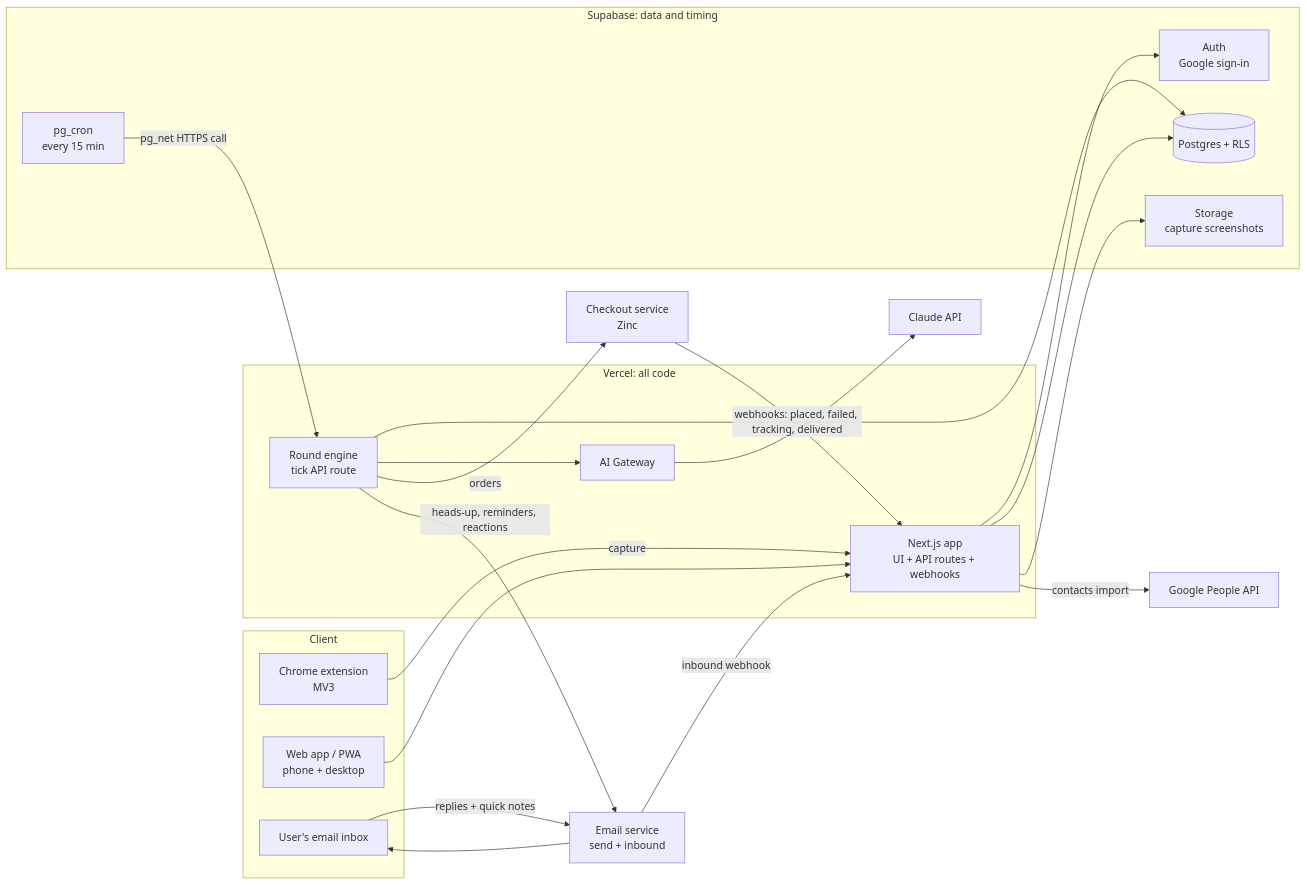
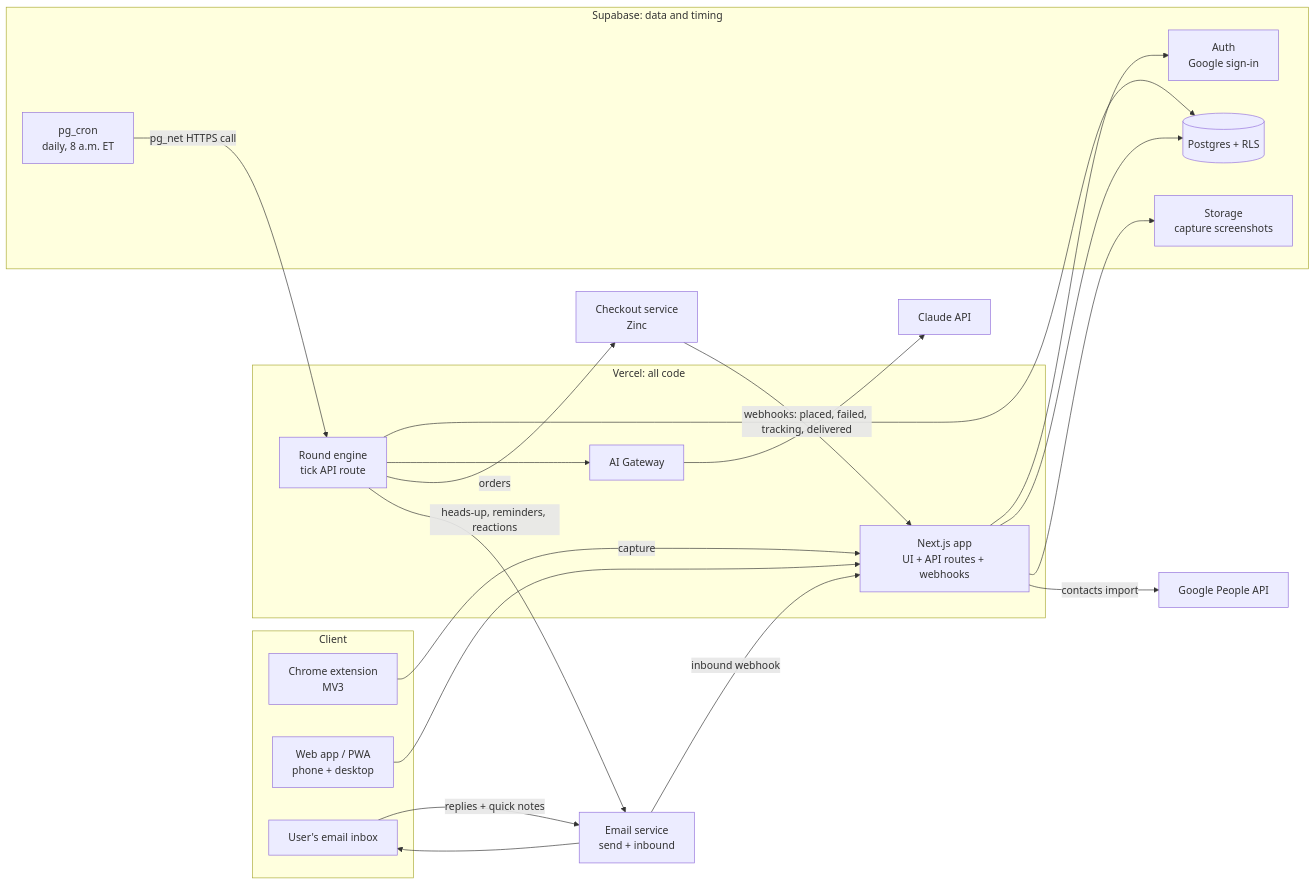
One commit to gifts-af/gift-me changed the first of 2 diagrams in design/technical-design.md. Above: the diagram before and after it, drawn with Mermaid. The commit also changed other lines of this file and 1 other file, not shown here.

````diff
--- a/design/technical-design.md
+++ b/design/technical-design.md
@@ -27,37 +27,37 @@
 ```mermaid
 flowchart LR
   subgraph Client
     EXT[Chrome extension<br/>MV3]
     WEB[Web app / PWA<br/>phone + desktop]
     MAIL[User's email inbox]
   end
   subgraph Vercel["Vercel: all code"]
     APP[Next.js app<br/>UI + API routes + webhooks]
     WF[Round engine<br/>tick API route]
     GW[AI Gateway]
   end
   subgraph Supabase["Supabase: data and timing"]
     AUTH[Auth<br/>Google sign-in]
     DB[(Postgres + RLS)]
     ST[Storage<br/>capture screenshots]
-    CRON[pg_cron<br/>every 15 min]
+    CRON[pg_cron<br/>daily, 8 a.m. ET]
   end
   CLAUDE[Claude API]
   ZINC[Checkout service<br/>Zinc]
   EMAIL[Email service<br/>send + inbound]
   GOOG[Google People API]
 
   EXT -->|capture| APP
   WEB --> APP
   APP --> AUTH
   APP --> DB
   APP --> ST
   CRON -->|pg_net HTTPS call| WF
   WF --> DB
   WF --> GW --> CLAUDE
   WF -->|orders| ZINC
   ZINC -->|webhooks: placed, failed, tracking, delivered| APP
   WF -->|heads-up, reminders, reactions| EMAIL --> MAIL
   MAIL -->|replies + quick notes| EMAIL -->|inbound webhook| APP
   APP -->|contacts import| GOOG
 ```
````
